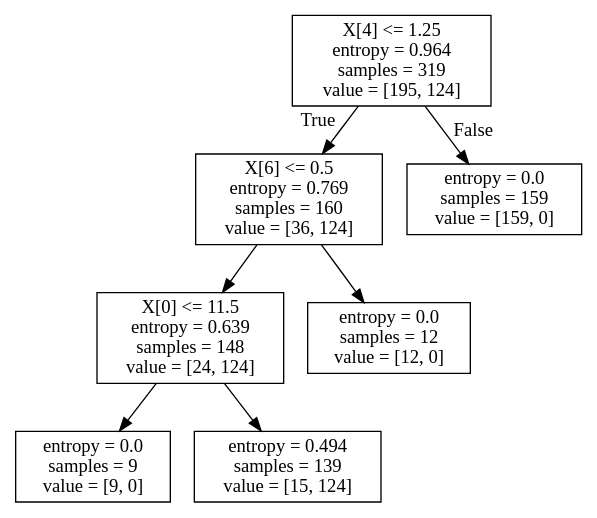
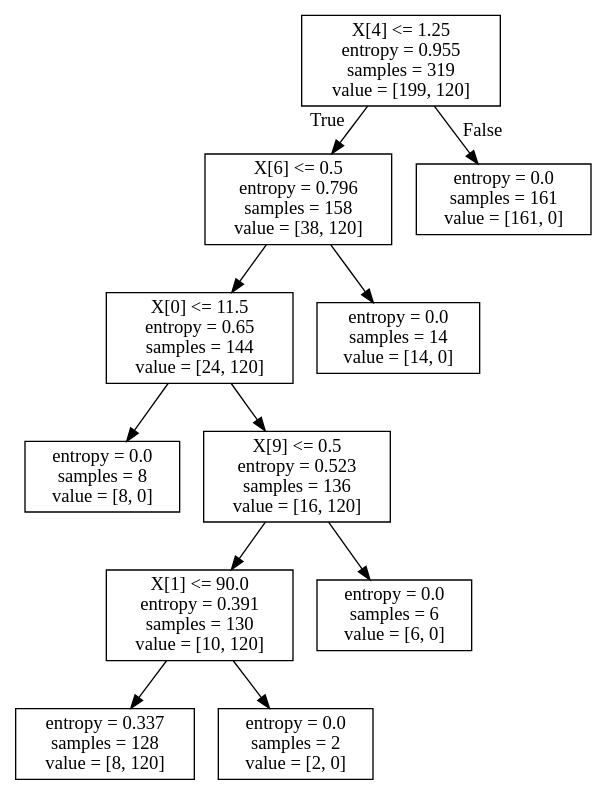
One commit to a106223008/P changed the diagram in Python/chronic_kidney_disease.dot. Above: the diagram before and after it, drawn with Graphviz.

```diff
--- a/Python/chronic_kidney_disease.dot
+++ b/Python/chronic_kidney_disease.dot
@@ -1,16 +1,24 @@
 digraph Tree {
 node [shape=box] ;
-0 [label="X[4] <= 1.25\nentropy = 0.964\nsamples = 319\nvalue = [195, 124]"] ;
-1 [label="X[6] <= 0.5\nentropy = 0.769\nsamples = 160\nvalue = [36, 124]"] ;
+0 [label="X[4] <= 1.25\nentropy = 0.955\nsamples = 319\nvalue = [199, 120]"] ;
+1 [label="X[6] <= 0.5\nentropy = 0.796\nsamples = 158\nvalue = [38, 120]"] ;
 0 -> 1 [labeldistance=2.5, labelangle=45, headlabel="True"] ;
-2 [label="X[0] <= 11.5\nentropy = 0.639\nsamples = 148\nvalue = [24, 124]"] ;
+2 [label="X[0] <= 11.5\nentropy = 0.65\nsamples = 144\nvalue = [24, 120]"] ;
 1 -> 2 ;
-3 [label="entropy = 0.0\nsamples = 9\nvalue = [9, 0]"] ;
+3 [label="entropy = 0.0\nsamples = 8\nvalue = [8, 0]"] ;
 2 -> 3 ;
-4 [label="entropy = 0.494\nsamples = 139\nvalue = [15, 124]"] ;
+4 [label="X[9] <= 0.5\nentropy = 0.523\nsamples = 136\nvalue = [16, 120]"] ;
 2 -> 4 ;
-5 [label="entropy = 0.0\nsamples = 12\nvalue = [12, 0]"] ;
-1 -> 5 ;
-6 [label="entropy = 0.0\nsamples = 159\nvalue = [159, 0]"] ;
-0 -> 6 [labeldistance=2.5, labelangle=-45, headlabel="False"] ;
+5 [label="X[1] <= 90.0\nentropy = 0.391\nsamples = 130\nvalue = [10, 120]"] ;
+4 -> 5 ;
+6 [label="entropy = 0.337\nsamples = 128\nvalue = [8, 120]"] ;
+5 -> 6 ;
+7 [label="entropy = 0.0\nsamples = 2\nvalue = [2, 0]"] ;
+5 -> 7 ;
+8 [label="entropy = 0.0\nsamples = 6\nvalue = [6, 0]"] ;
+4 -> 8 ;
+9 [label="entropy = 0.0\nsamples = 14\nvalue = [14, 0]"] ;
+1 -> 9 ;
+10 [label="entropy = 0.0\nsamples = 161\nvalue = [161, 0]"] ;
+0 -> 10 [labeldistance=2.5, labelangle=-45, headlabel="False"] ;
 }
```
